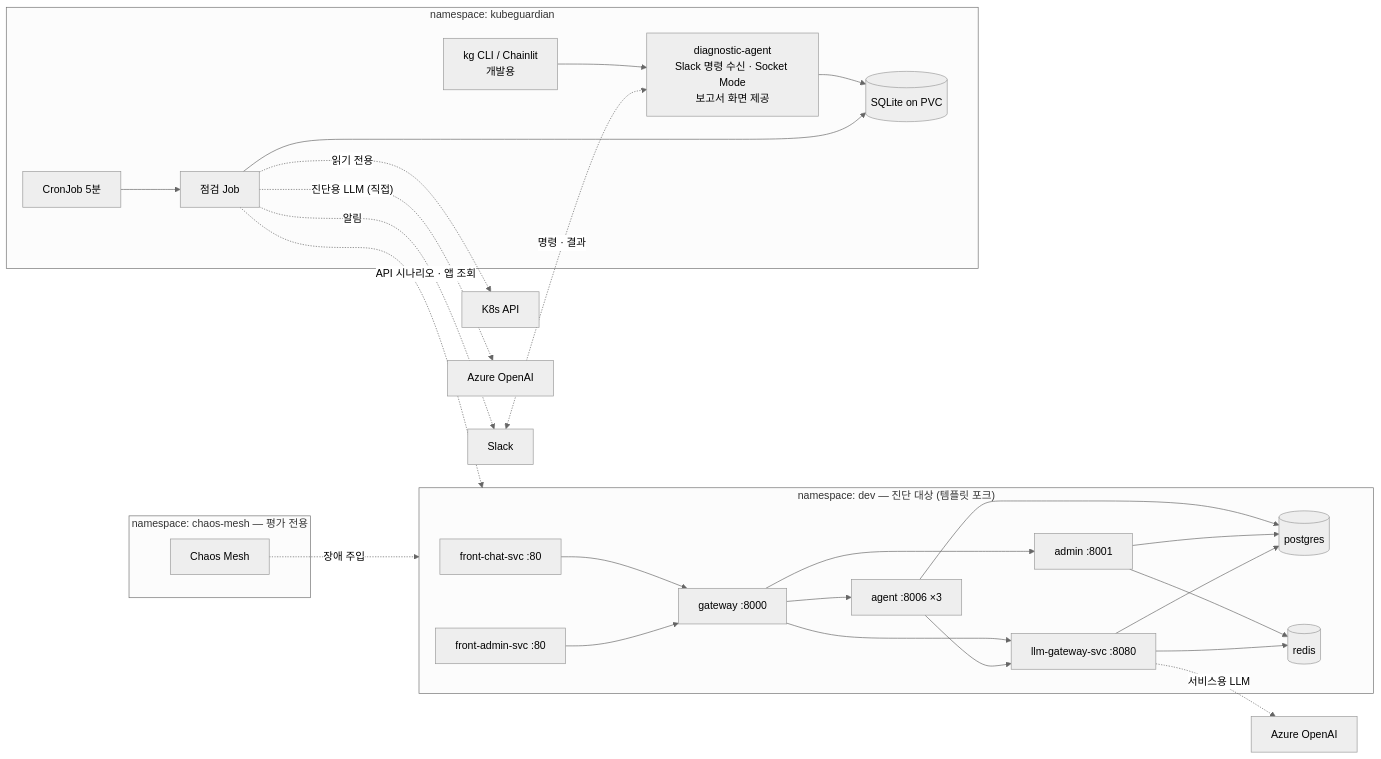
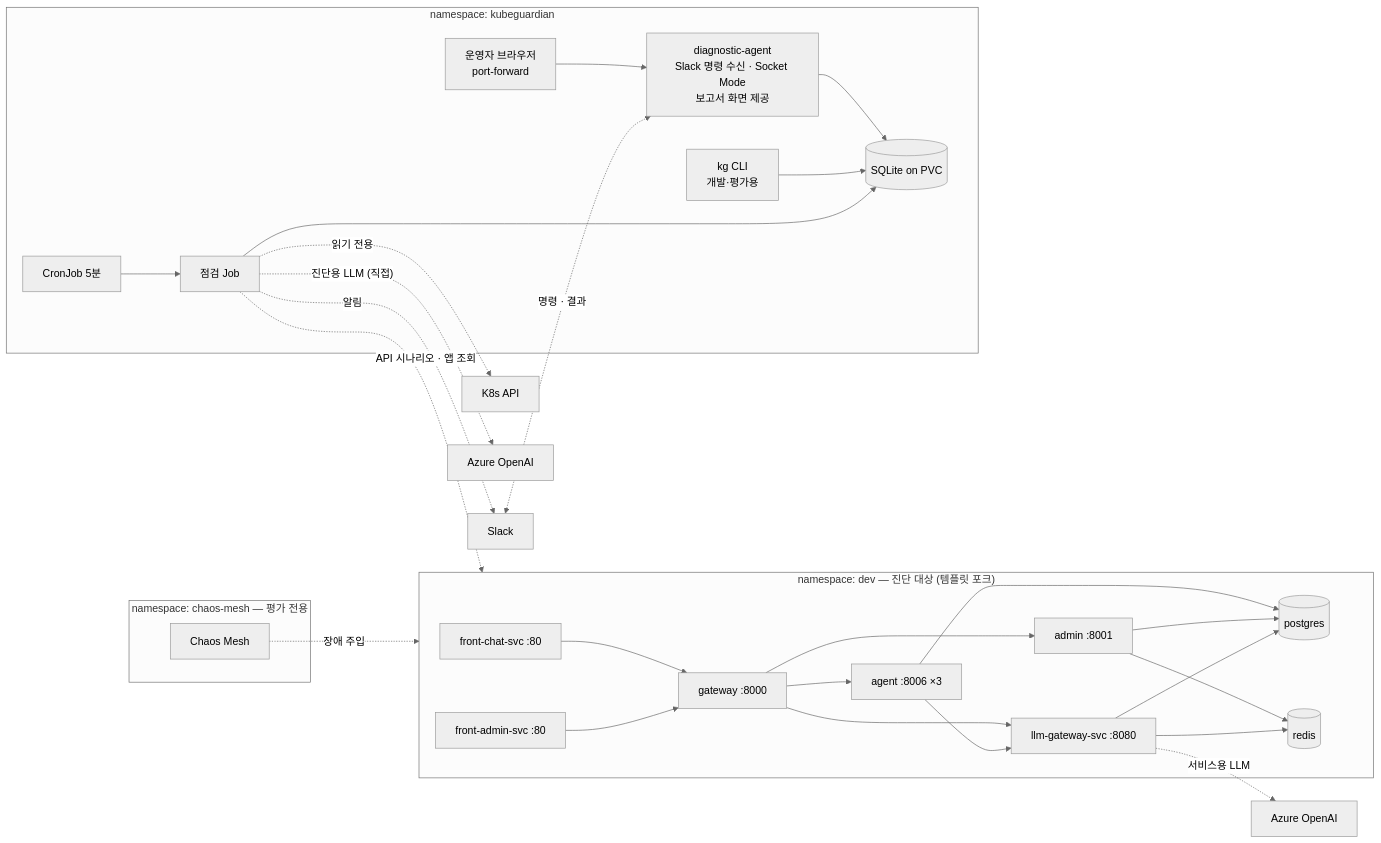
One commit to skax-jihyeryu/KubeGuardian changed the second of 3 diagrams in docs/01-project-proposal.md. Above: the diagram before and after it, drawn with Mermaid (neutral theme). The commit also changed other lines of this file and 10 other files, not shown here.

````diff
--- a/docs/01-project-proposal.md
+++ b/docs/01-project-proposal.md
@@ -166,32 +166,33 @@
 ```mermaid
 flowchart LR
     subgraph ns_dev["namespace: dev — 진단 대상 (템플릿 포크)"]
         FC[front-chat-svc :80] --> GW[gateway :8000]
         FA[front-admin-svc :80] --> GW
         GW --> AG[agent :8006 ×3]
         GW --> AD[admin :8001]
         GW --> LG[llm-gateway-svc :8080]
         AG --> LG
         AG --> PG[(postgres)]
         AD --> PG
         AD --> RD[(redis)]
         LG --> PG
         LG --> RD
     end
     LG -. 서비스용 LLM .-> AOAI1[Azure OpenAI]
     subgraph ns_kg[namespace: kubeguardian]
         CJ[CronJob 5분] --> JOB[점검 Job]
         DA[diagnostic-agent<br/>Slack 명령 수신 · Socket Mode<br/>보고서 화면 제공] --> ST
-        CLI[kg CLI / Chainlit<br/>개발용] --> DA
+        CLI[kg CLI<br/>개발·평가용] --> ST
+        OP[운영자 브라우저<br/>port-forward] --> DA
         JOB --> ST[(SQLite on PVC)]
     end
     JOB -. 읽기 전용 .-> K8S[K8s API]
     JOB -. API 시나리오 · 앱 조회 .-> ns_dev
     JOB -. 진단용 LLM (직접) .-> AOAI2[Azure OpenAI]
     JOB -. 알림 .-> SLACK[Slack]
     SLACK <-. 명령 · 결과 .-> DA
     subgraph ns_chaos[namespace: chaos-mesh — 평가 전용]
         CM[Chaos Mesh]
     end
     CM -. 장애 주입 .-> ns_dev
 ```
````
